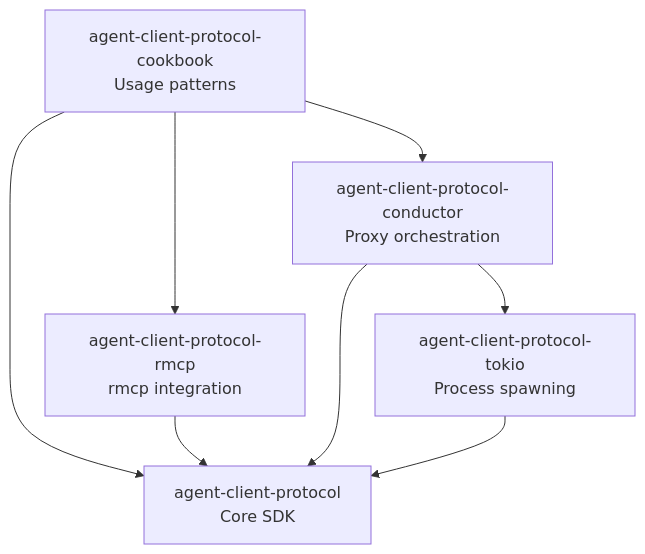
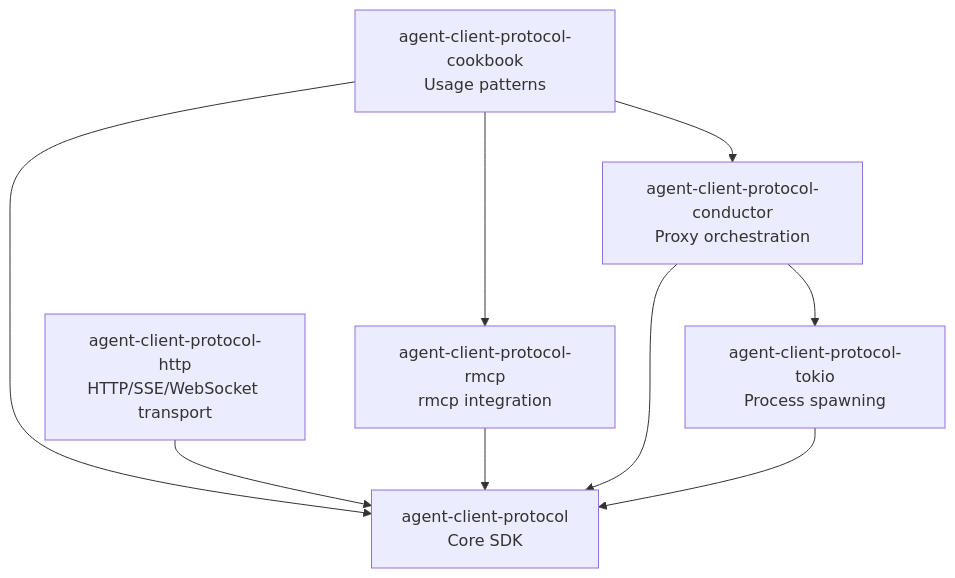
The diagram in md/introduction.md (agentclientprotocol/rust-sdk), drawn with Mermaid before and after one commit. The commit also changed other lines of this file and 24 other files, not shown here.

First line of the commit message:
feat(transports): add HTTP/WebSocket transport support (#162)

````diff
--- a/md/introduction.md
+++ b/md/introduction.md
@@ -36,16 +37,18 @@
 ```mermaid
 graph TD
     acp[agent-client-protocol<br/>Core SDK]
     tokio[agent-client-protocol-tokio<br/>Process spawning]
+    http[agent-client-protocol-http<br/>HTTP/SSE/WebSocket transport]
     rmcp[agent-client-protocol-rmcp<br/>rmcp integration]
     conductor[agent-client-protocol-conductor<br/>Proxy orchestration]
     cookbook[agent-client-protocol-cookbook<br/>Usage patterns]
 
     tokio --> acp
+    http --> acp
     rmcp --> acp
     conductor --> acp
     conductor --> tokio
     cookbook --> acp
     cookbook --> rmcp
     cookbook --> conductor
 ```
````
